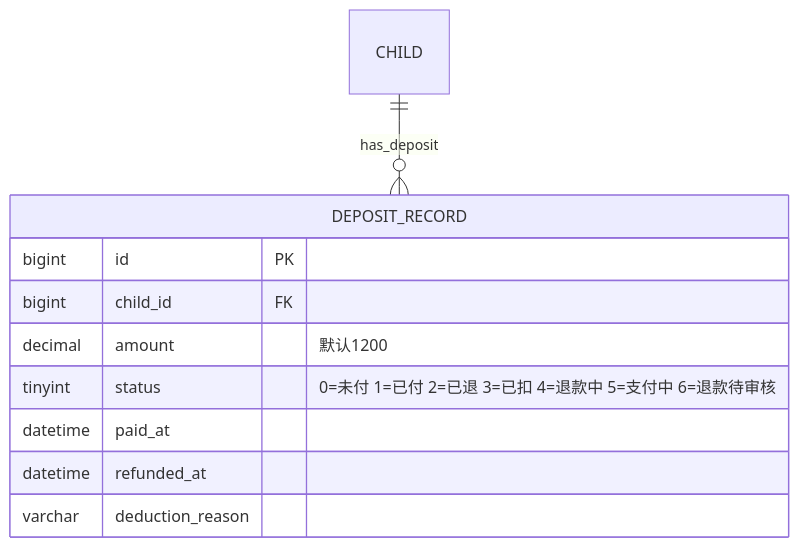
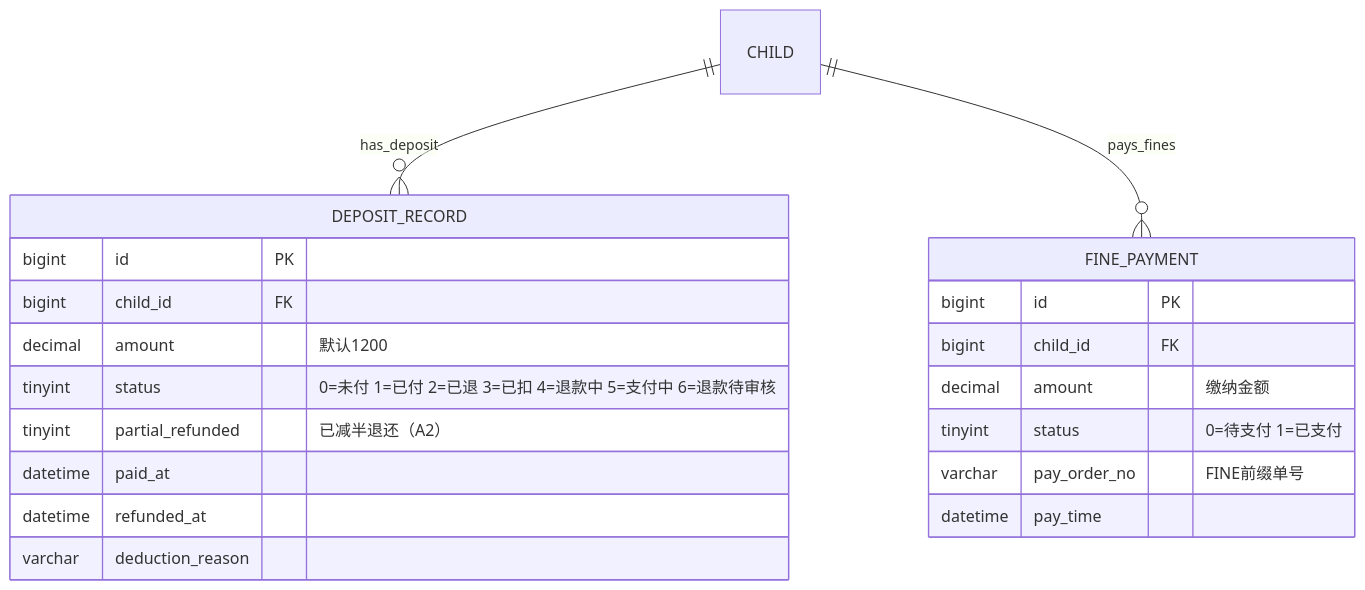
Diagram 15 of 28 in PRD/UML-ER.md (leechunwoo0815/librio), drawn with Mermaid before and after one commit. The commit also changed other lines of this file and 11 other files, not shown here.

First line of the commit message:
docs: 决策批次14 — 全文档对齐（PRD V3.22/表结构 V3.16/配置清单 59 项/UML-ER/ARCHITECTURE/状态流转/终版报告）

````diff
--- a/PRD/UML-ER.md
+++ b/PRD/UML-ER.md
@@ -353,14 +374,27 @@
 ```mermaid
 erDiagram
     DEPOSIT_RECORD {
         bigint id PK
         bigint child_id FK
         decimal amount "默认1200"
         tinyint status "0=未付 1=已付 2=已退 3=已扣 4=退款中 5=支付中 6=退款待审核"
+        tinyint partial_refunded "已减半退还（A2）"
         datetime paid_at
         datetime refunded_at
         varchar deduction_reason
     }
 
     CHILD ||--o{ DEPOSIT_RECORD : "has_deposit"
+
+
+    FINE_PAYMENT {
+        bigint id PK
+        bigint child_id FK
+        decimal amount "缴纳金额"
+        tinyint status "0=待支付 1=已支付"
+        varchar pay_order_no "FINE前缀单号"
+        datetime pay_time
+    }
+
+    CHILD ||--o{ FINE_PAYMENT : "pays_fines"
 ```
````
